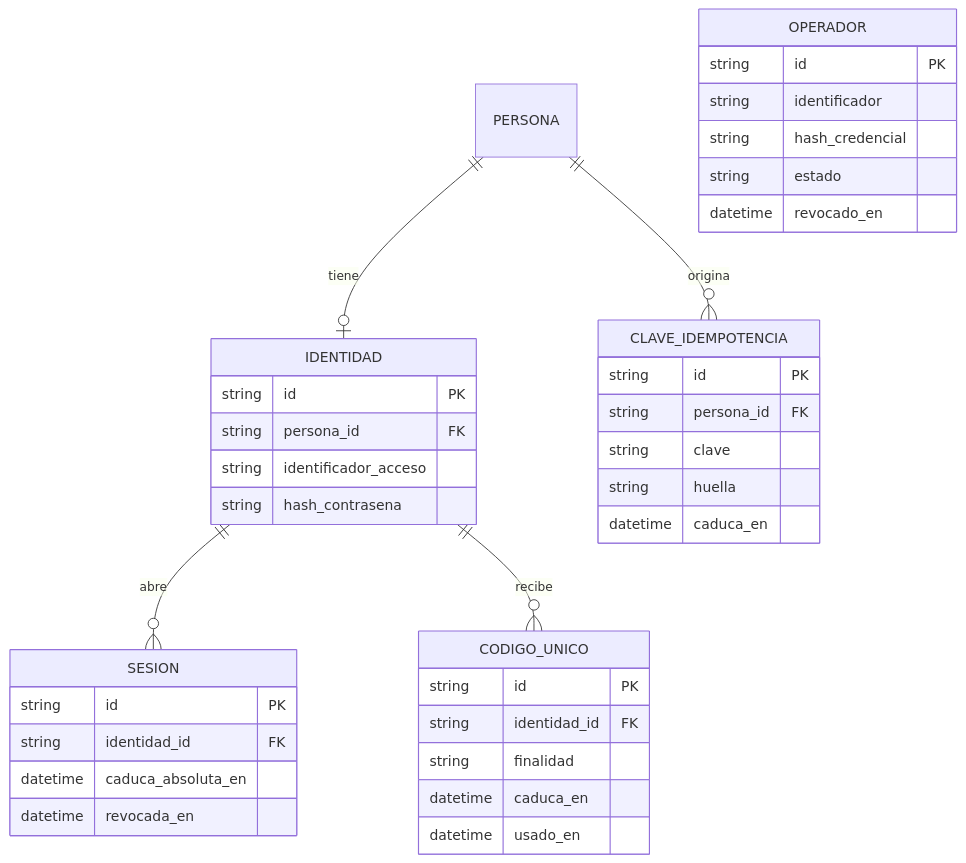
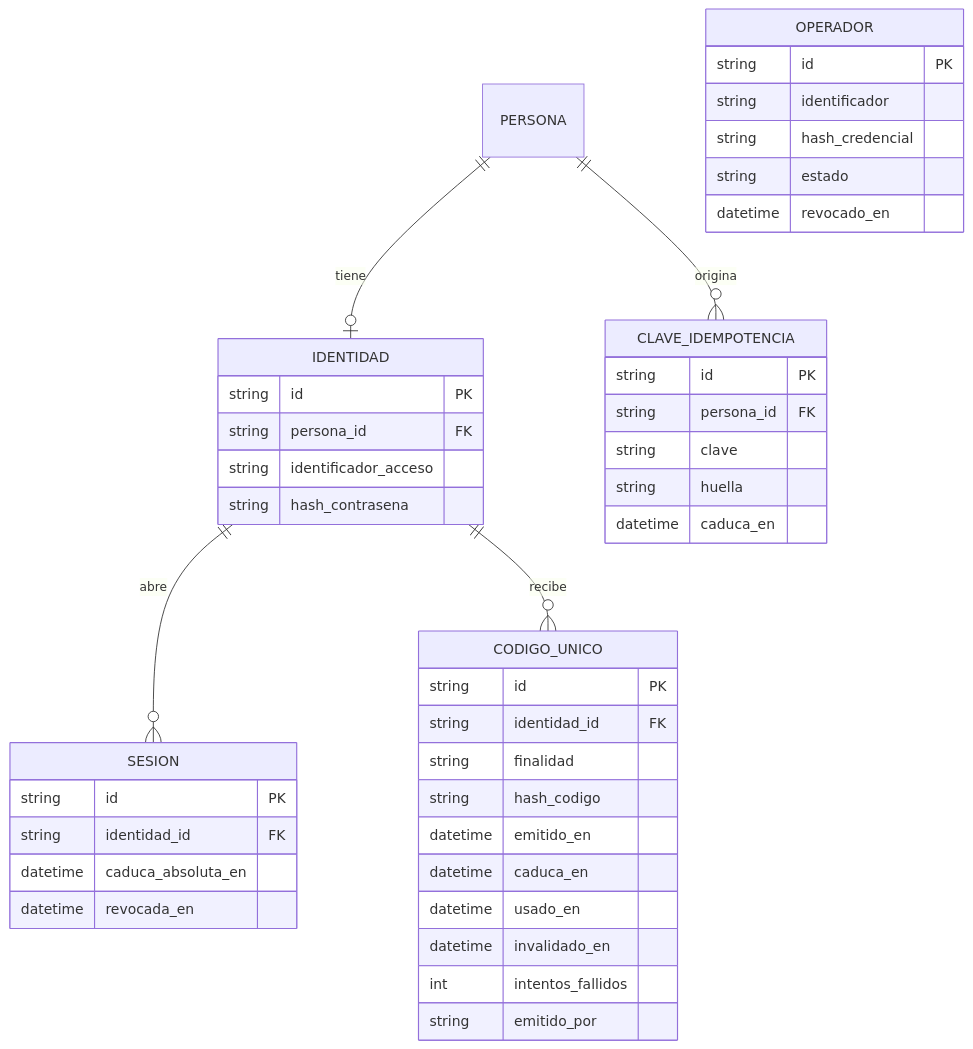
One commit to marlonbossa09/AI4Devs-finalproject changed the first of 2 diagrams in docs/modelo-datos/modelo-datos.md. Above: the diagram before and after it, drawn with Mermaid. The commit also changed other lines of this file and 15 other files, not shown here.

````diff
--- a/docs/modelo-datos/modelo-datos.md
+++ b/docs/modelo-datos/modelo-datos.md
@@ -203,40 +203,45 @@
 ```mermaid
 erDiagram
     PERSONA ||--o| IDENTIDAD : "tiene"
     PERSONA ||--o{ CLAVE_IDEMPOTENCIA : "origina"
     IDENTIDAD ||--o{ SESION : "abre"
     IDENTIDAD ||--o{ CODIGO_UNICO : "recibe"
     OPERADOR {
         string id PK
         string identificador
         string hash_credencial
         string estado
         datetime revocado_en
     }
     IDENTIDAD {
         string id PK
         string persona_id FK
         string identificador_acceso
         string hash_contrasena
     }
     SESION {
         string id PK
         string identidad_id FK
         datetime caduca_absoluta_en
         datetime revocada_en
     }
     CODIGO_UNICO {
         string id PK
         string identidad_id FK
         string finalidad
+        string hash_codigo
+        datetime emitido_en
         datetime caduca_en
         datetime usado_en
+        datetime invalidado_en
+        int intentos_fallidos
+        string emitido_por
     }
     CLAVE_IDEMPOTENCIA {
         string id PK
         string persona_id FK
         string clave
         string huella
         datetime caduca_en
     }
 ```
````
